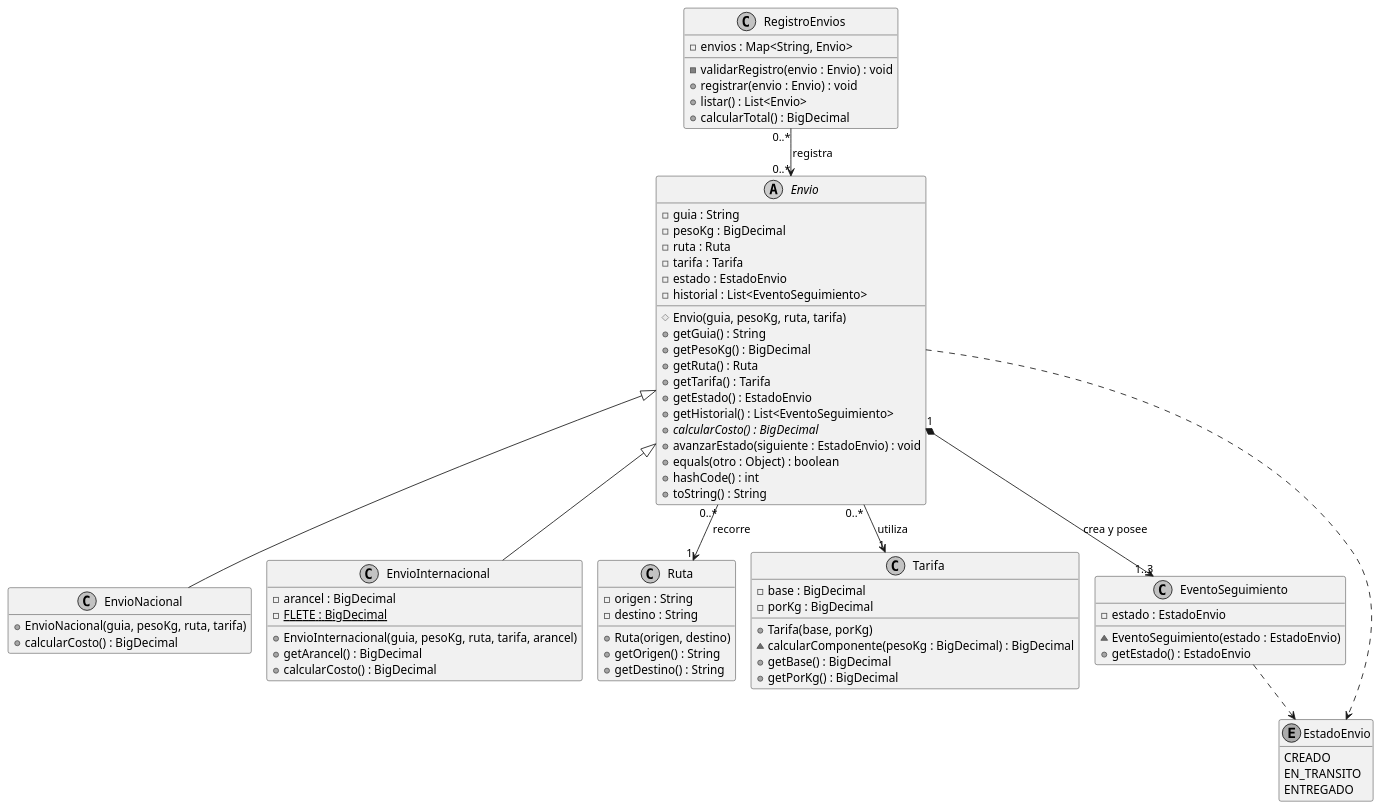
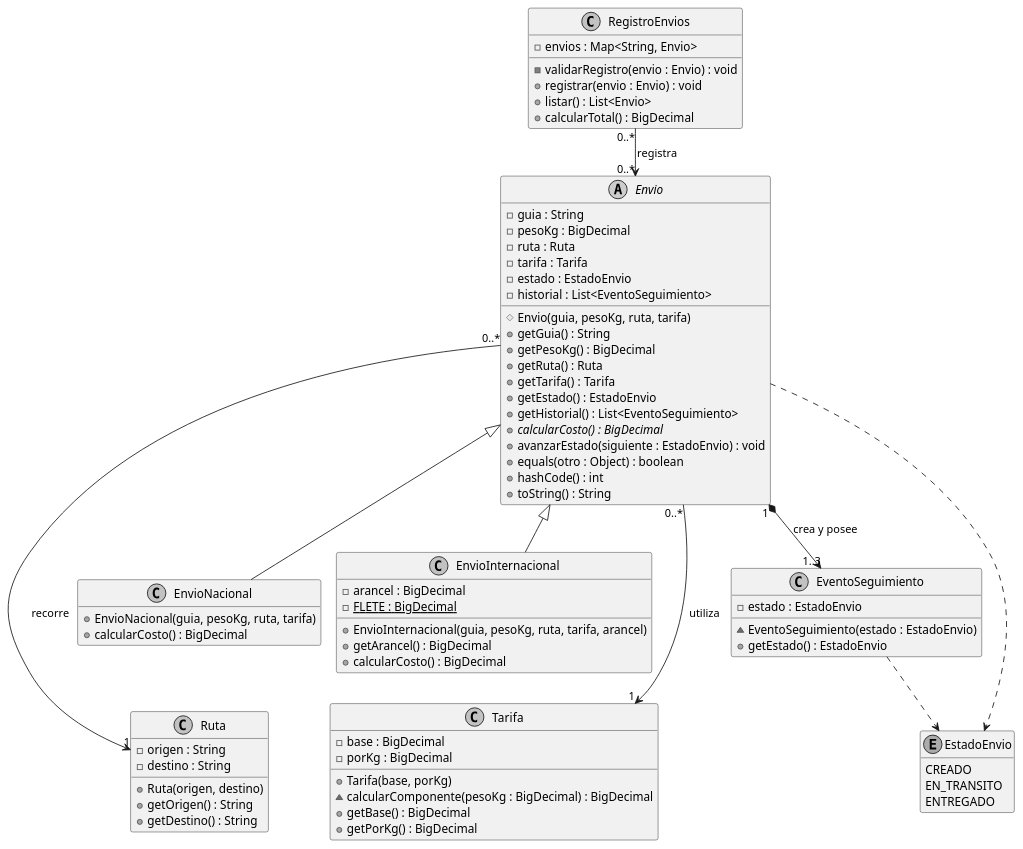
One commit to JEIJEIMARTINEZ/ACT06-Logistica changed the diagram in docs/modelo.puml. Above: the diagram before and after it, drawn with PlantUML. The commit also changed 14 other files, not shown here.

```diff
--- a/docs/modelo.puml
+++ b/docs/modelo.puml
@@ -1,78 +1,81 @@
 @startuml
 !pragma layout smetana
 skinparam monochrome true
 skinparam shadowing false
 hide empty members
 top to bottom direction
 abstract class Envio {
  - guia : String
  - pesoKg : BigDecimal
  - ruta : Ruta
  - tarifa : Tarifa
  - estado : EstadoEnvio
  - historial : List<EventoSeguimiento>
  # Envio(guia, pesoKg, ruta, tarifa)
  + getGuia() : String
  + getPesoKg() : BigDecimal
  + getRuta() : Ruta
  + getTarifa() : Tarifa
  + getEstado() : EstadoEnvio
  + getHistorial() : List<EventoSeguimiento>
  {abstract} + calcularCosto() : BigDecimal
  + avanzarEstado(siguiente : EstadoEnvio) : void
  + equals(otro : Object) : boolean
  + hashCode() : int
  + toString() : String
 }
 class EnvioNacional {
  + EnvioNacional(guia, pesoKg, ruta, tarifa)
  + calcularCosto() : BigDecimal
 }
 class EnvioInternacional {
  - arancel : BigDecimal
  {static} - FLETE : BigDecimal
  + EnvioInternacional(guia, pesoKg, ruta, tarifa, arancel)
  + getArancel() : BigDecimal
  + calcularCosto() : BigDecimal
 }
 class Ruta {
  - origen : String
  - destino : String
  + Ruta(origen, destino)
  + getOrigen() : String
  + getDestino() : String
 }
 class Tarifa {
  - base : BigDecimal
  - porKg : BigDecimal
  + Tarifa(base, porKg)
  ~ calcularComponente(pesoKg : BigDecimal) : BigDecimal
  + getBase() : BigDecimal
  + getPorKg() : BigDecimal
 }
 class RegistroEnvios {
  - envios : Map<String, Envio>
  - validarRegistro(envio : Envio) : void
  + registrar(envio : Envio) : void
  + listar() : List<Envio>
  + calcularTotal() : BigDecimal
 }
 class EventoSeguimiento {
  - estado : EstadoEnvio
  ~ EventoSeguimiento(estado : EstadoEnvio)
  + getEstado() : EstadoEnvio
 }
 enum EstadoEnvio {
  CREADO
  EN_TRANSITO
  ENTREGADO
 }
 Envio <|-- EnvioNacional
 Envio <|-- EnvioInternacional
 RegistroEnvios "0..*" --> "0..*" Envio : registra
 Envio "0..*" --> "1" Ruta : recorre
 Envio "0..*" --> "1" Tarifa : utiliza
 Envio "1" *--> "1..3" EventoSeguimiento : crea y posee
 Envio ..> EstadoEnvio
 EventoSeguimiento ..> EstadoEnvio
+EnvioNacional -[hidden]down-> Ruta
+EnvioInternacional -[hidden]down-> Tarifa
+Ruta -[hidden]right-> Tarifa
 @enduml
```
